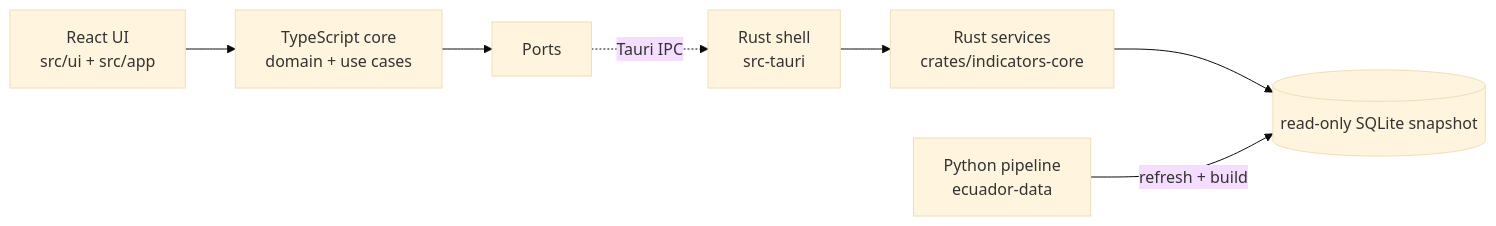
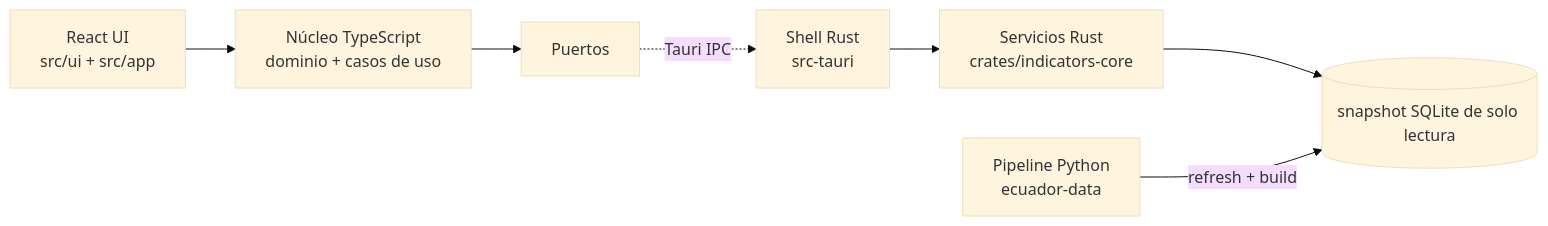
One commit to Eduardo12Pacheco/indicadores-ecuador-escritorio changed the diagram in README.md. Above: the diagram before and after it, drawn with Mermaid (base theme). The commit also changed other lines of this file and 3 other files, not shown here.

````diff
--- a/README.md
+++ b/README.md
@@ -75,9 +60,9 @@
 ```mermaid
 flowchart LR
-  UI["React UI<br/>src/ui + src/app"] --> Core["TypeScript core<br/>domain + use cases"]
-  Core --> Ports["Ports"]
-  Ports -.->|Tauri IPC| Shell["Rust shell<br/>src-tauri"]
-  Shell --> Services["Rust services<br/>crates/indicators-core"]
-  Services --> Snapshot[("read-only SQLite snapshot")]
-  Pipeline["Python pipeline<br/>ecuador-data"] -->|"refresh + build"| Snapshot
+  UI["React UI<br/>src/ui + src/app"] --> Core["Núcleo TypeScript<br/>dominio + casos de uso"]
+  Core --> Ports["Puertos"]
+  Ports -.->|Tauri IPC| Shell["Shell Rust<br/>src-tauri"]
+  Shell --> Services["Servicios Rust<br/>crates/indicators-core"]
+  Services --> Snapshot[("snapshot SQLite de solo lectura")]
+  Pipeline["Pipeline Python<br/>ecuador-data"] -->|"refresh + build"| Snapshot
 ```
````
